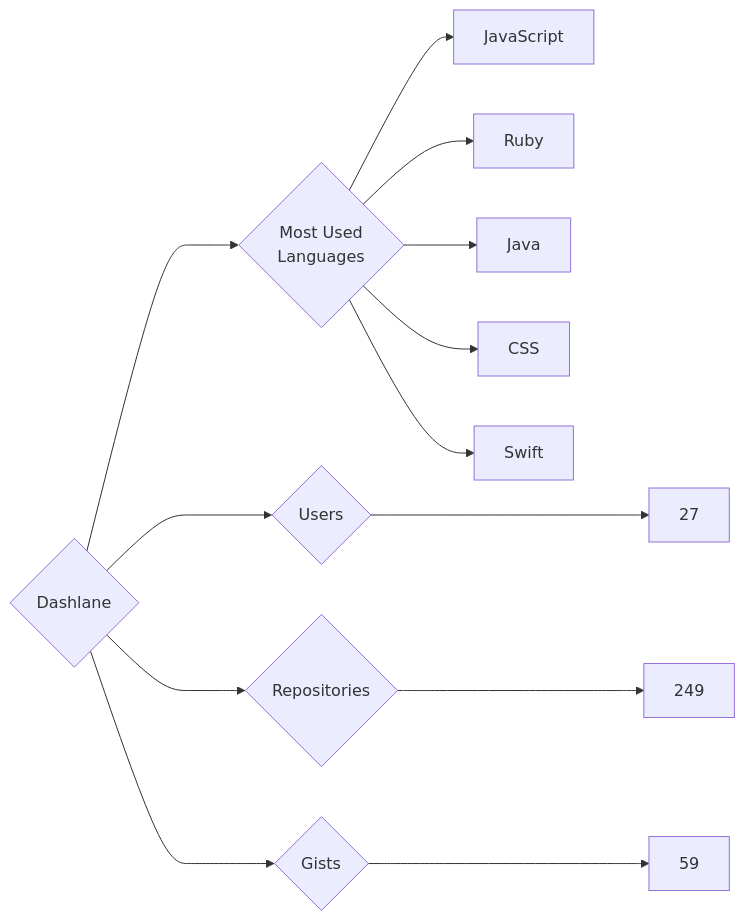
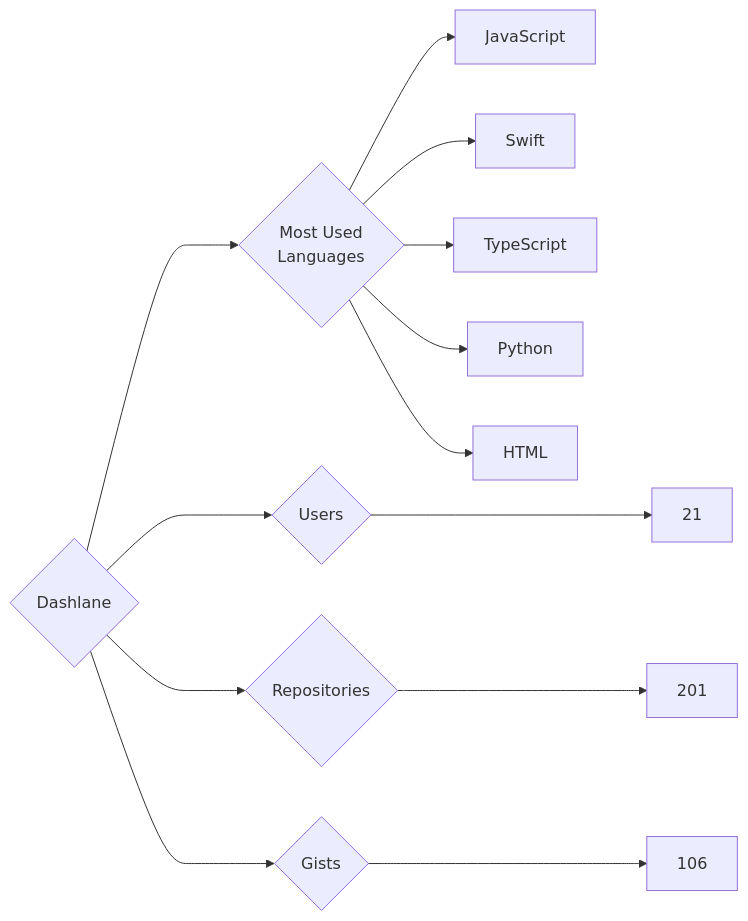
Before and after one commit to trickest/insiders: the diagram in targets/Dashlane/README.md, drawn with Mermaid. The commit also changed 984 other files, not shown here.

````diff
--- a/targets/Dashlane/README.md
+++ b/targets/Dashlane/README.md
@@ -3,13 +3,13 @@
 ```mermaid
 graph LR
 COMPANY_NAME{Dashlane}
-COMPANY_NAME ---> U{Users} ---> UN[27]
-COMPANY_NAME ---> R{Repositories} ---> RN[249]
-COMPANY_NAME ---> G{Gists} ---> GN[59]
+COMPANY_NAME ---> U{Users} ---> UN[21]
+COMPANY_NAME ---> R{Repositories} ---> RN[201]
+COMPANY_NAME ---> G{Gists} ---> GN[106]
 COMPANY_NAME ---> ML{Most Used<br>Languages}
 ML --> JavaScript[JavaScript]
-ML --> Ruby[Ruby]
-ML --> Java[Java]
-ML --> CSS[CSS]
 ML --> Swift[Swift]
+ML --> TypeScript[TypeScript]
+ML --> Python[Python]
+ML --> HTML[HTML]
 ```
````
